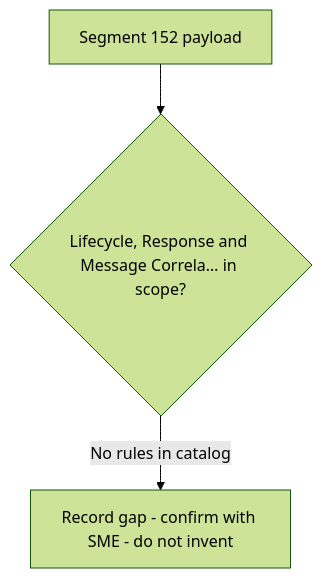
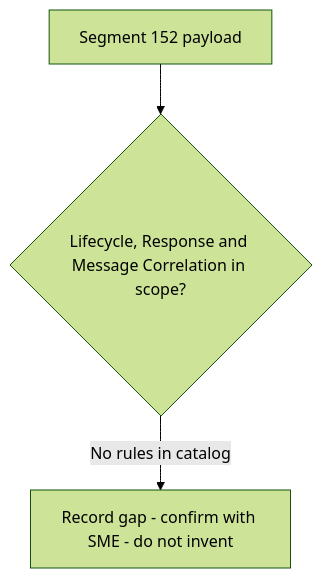
Before and after one commit to DhanSingh-hub/core-auth-ai-validation-framework: the diagram in regression-artifact-validator/specifications/ATL105/docs/specs/kb/segment-152/lifecycle-response-correlation-flow.md, drawn with Mermaid (forest theme). The commit also changed 150 other files, not shown here.

````diff
--- a/regression-artifact-validator/specifications/ATL105/docs/specs/kb/segment-152/lifecycle-response-correlation-flow.md
+++ b/regression-artifact-validator/specifications/ATL105/docs/specs/kb/segment-152/lifecycle-response-correlation-flow.md
@@ -3,5 +3,5 @@
 ```mermaid
 flowchart TD
-    A[Segment 152 payload] --> B{Lifecycle, Response and Message Correla… in scope?}
+    A[Segment 152 payload] --> B{Lifecycle, Response and Message Correlation in scope?}
     B -->|No rules in catalog| G[Record gap - confirm with SME - do not invent]
 ```
````
